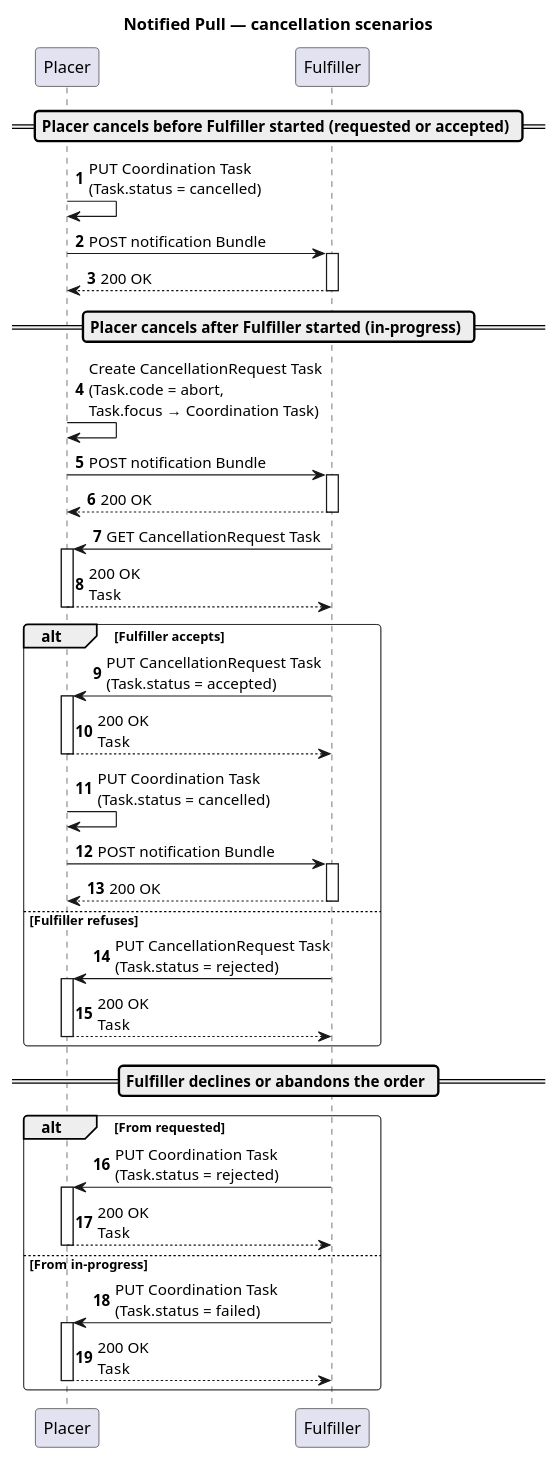
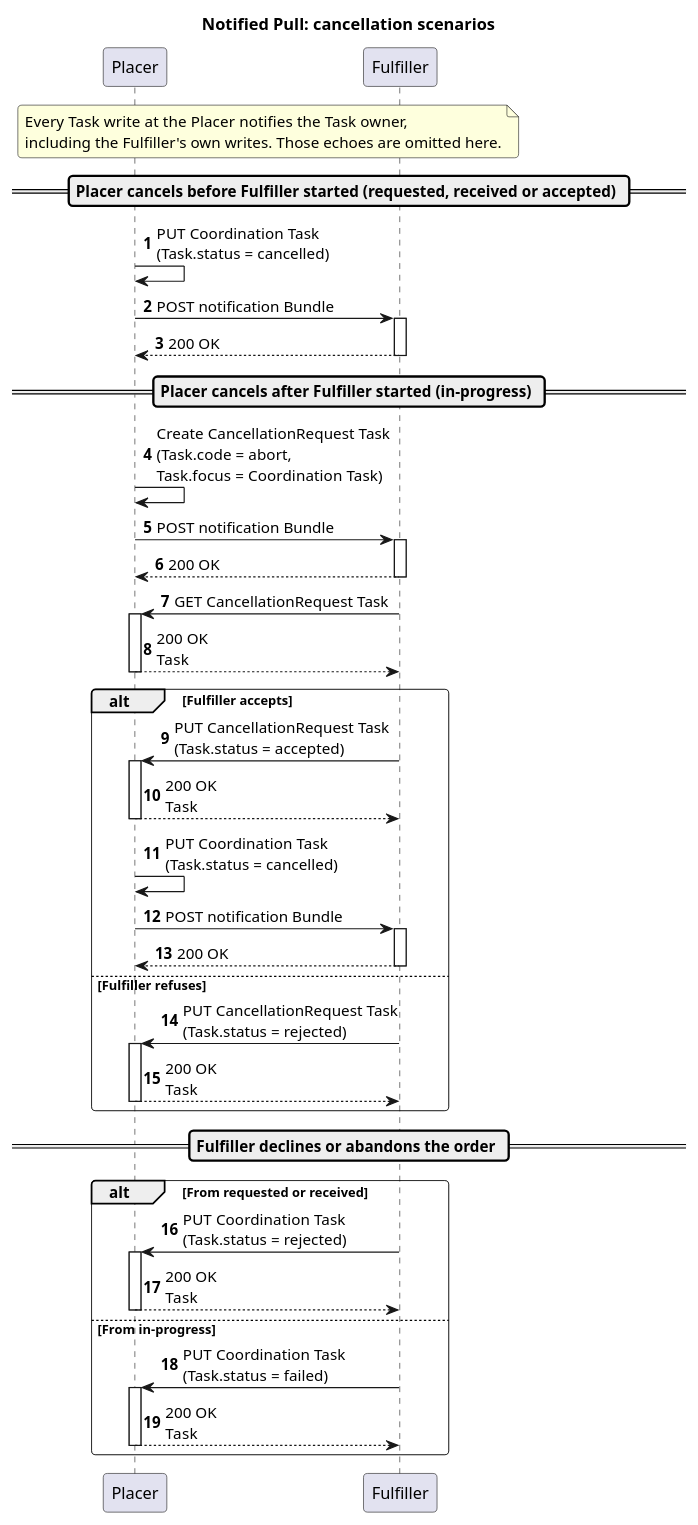
The diagram in input/images-source/clinical-workflow-cancellation.plantuml (nuts-foundation/nl-generic-functions-ig), drawn with PlantUML before and after one commit. The commit also changed 7 other files, not shown here.

```diff
--- a/input/images-source/clinical-workflow-cancellation.plantuml
+++ b/input/images-source/clinical-workflow-cancellation.plantuml
@@ -5,47 +5,49 @@
 @startuml clinical-workflow-cancellation
 autonumber
 
-title "Notified Pull — cancellation scenarios"
+title "Notified Pull: cancellation scenarios"
 skinparam roundCorner 7
 skinparam sequenceGroupBorderThickness .5
 
 participant "Placer" as placer order 10
 participant "Fulfiller" as fulfiller order 20
 
-== Placer cancels before Fulfiller started (requested or accepted) ==
+note over placer, fulfiller : Every Task write at the Placer notifies the Task owner,\nincluding the Fulfiller's own writes. Those echoes are omitted here.
+
+== Placer cancels before Fulfiller started (requested, received or accepted) ==
 
 placer -> placer : PUT Coordination Task\n(Task.status = cancelled)
 placer -> fulfiller ++: POST notification Bundle
 fulfiller --> placer --: 200 OK
 
 == Placer cancels after Fulfiller started (in-progress) ==
 
-placer -> placer : Create CancellationRequest Task\n(Task.code = abort,\nTask.focus → Coordination Task)
+placer -> placer : Create CancellationRequest Task\n(Task.code = abort,\nTask.focus = Coordination Task)
 placer -> fulfiller ++: POST notification Bundle
 fulfiller --> placer --: 200 OK
 
 fulfiller -> placer ++: GET CancellationRequest Task
 placer --> fulfiller --: 200 OK\nTask
 
 alt Fulfiller accepts
   fulfiller -> placer ++: PUT CancellationRequest Task\n(Task.status = accepted)
   placer --> fulfiller --: 200 OK\nTask
   placer -> placer : PUT Coordination Task\n(Task.status = cancelled)
   placer -> fulfiller ++: POST notification Bundle
   fulfiller --> placer --: 200 OK
 else Fulfiller refuses
   fulfiller -> placer ++: PUT CancellationRequest Task\n(Task.status = rejected)
   placer --> fulfiller --: 200 OK\nTask
 end
 
 == Fulfiller declines or abandons the order ==
 
-alt From requested
+alt From requested or received
   fulfiller -> placer ++: PUT Coordination Task\n(Task.status = rejected)
   placer --> fulfiller --: 200 OK\nTask
 else From in-progress
   fulfiller -> placer ++: PUT Coordination Task\n(Task.status = failed)
   placer --> fulfiller --: 200 OK\nTask
 end
 
 @enduml
```
